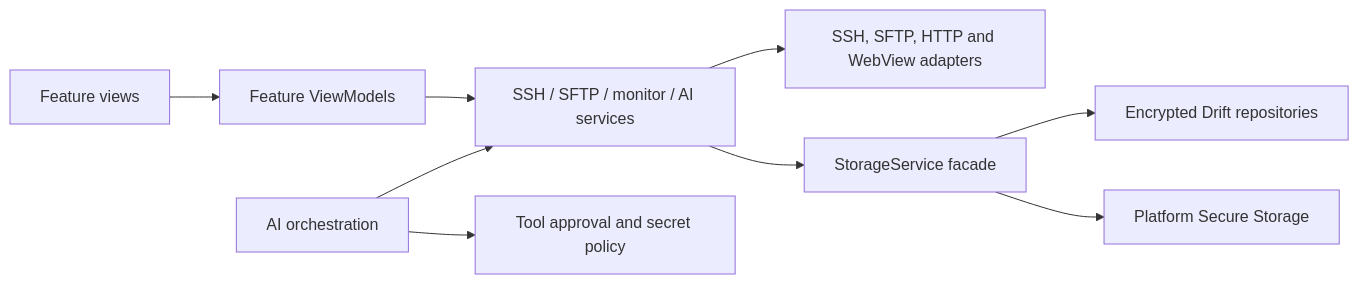
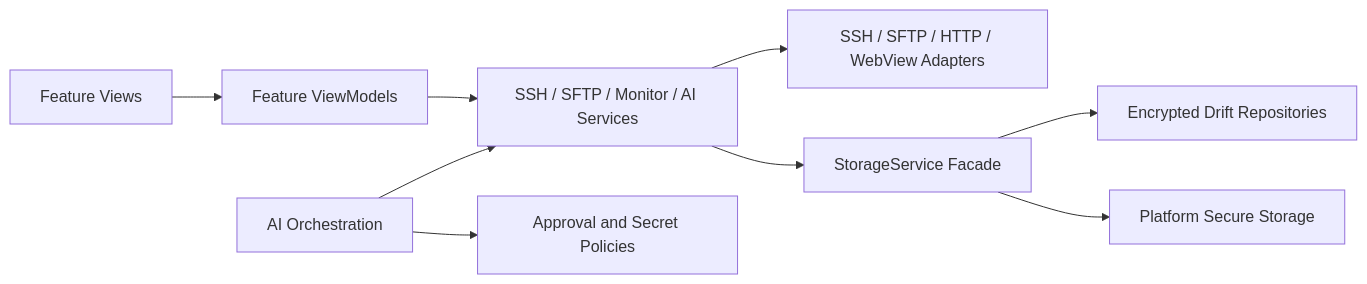
Before and after one commit to 2949282402/ssh_mobile: the diagram in README.md, drawn with Mermaid. The commit also changed other lines of this file, not shown here.

````diff
--- a/README.md
+++ b/README.md
@@ -47,11 +54,11 @@
 ```mermaid
 flowchart LR
-  Views[Feature views] --> ViewModels[Feature ViewModels]
-  ViewModels --> Services[SSH / SFTP / monitor / AI services]
-  Services --> Protocols[SSH, SFTP, HTTP and WebView adapters]
-  Services --> Storage[StorageService facade]
-  Storage --> Drift[Encrypted Drift repositories]
+  Views[Feature Views] --> ViewModels[Feature ViewModels]
+  ViewModels --> Services[SSH / SFTP / Monitor / AI Services]
+  Services --> Protocols[SSH / SFTP / HTTP / WebView Adapters]
+  Services --> Storage[StorageService Facade]
+  Storage --> Drift[Encrypted Drift Repositories]
   Storage --> Secure[Platform Secure Storage]
-  AI[AI orchestration] --> Services
-  AI --> Safety[Tool approval and secret policy]
+  AI[AI Orchestration] --> Services
+  AI --> Safety[Approval and Secret Policies]
 ```
````
